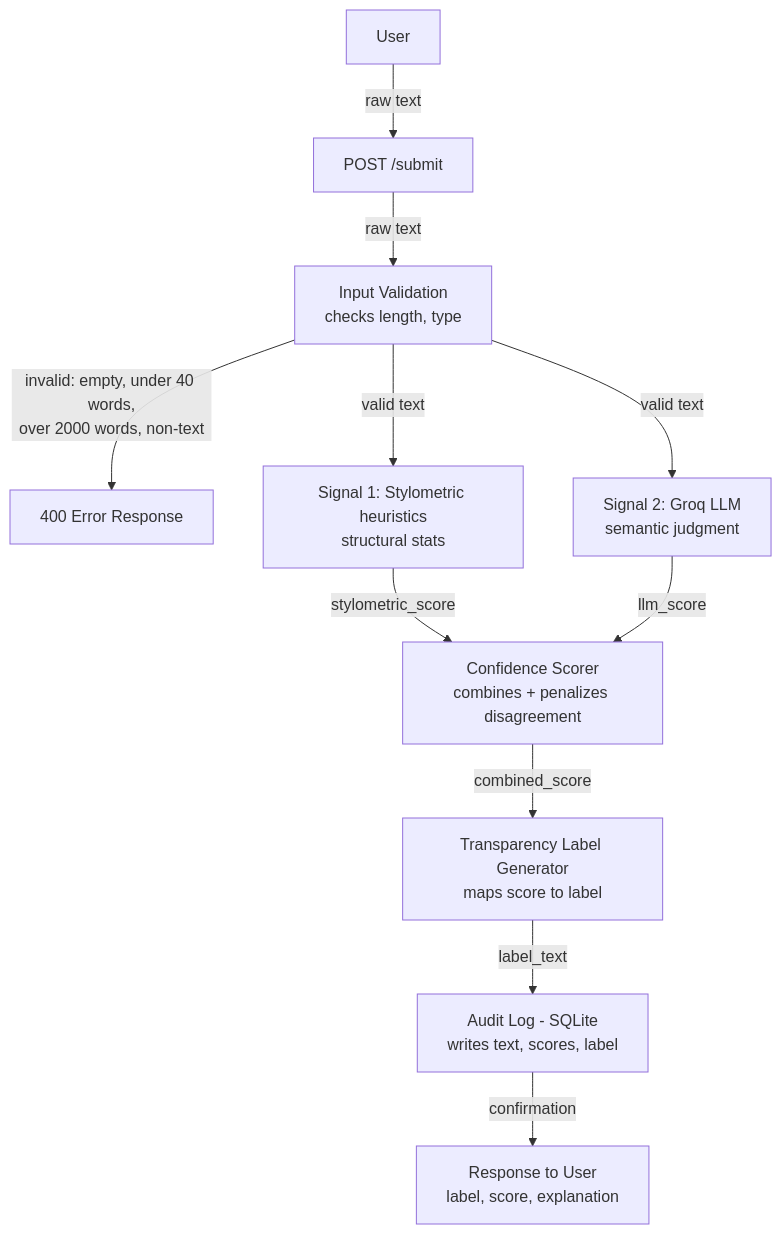
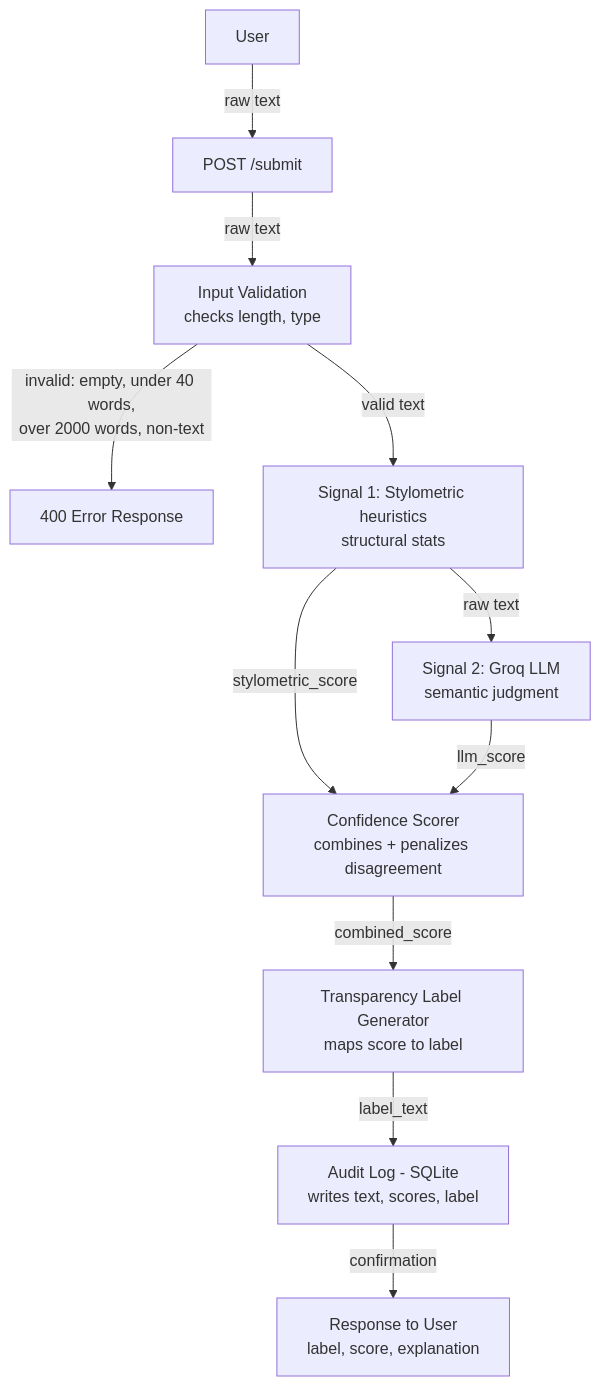
One commit to KerolosAssad/ai201-project4-provenance-guard changed the first of 2 diagrams in planning.md. Above: the diagram before and after it, drawn with Mermaid. The commit also changed other lines of this file, not shown here.

````diff
--- a/planning.md
+++ b/planning.md
@@ -92,13 +90,13 @@
 ```mermaid
 flowchart TD
     A[User] -->|raw text| B[POST /submit]
     B -->|raw text| V[Input Validation<br/>checks length, type]
     V -->|invalid: empty, under 40 words,<br/>over 2000 words, non-text| R[400 Error Response]
     V -->|valid text| C[Signal 1: Stylometric heuristics<br/>structural stats]
-    V -->|valid text| D[Signal 2: Groq LLM<br/>semantic judgment]
+    C -->|raw text| D[Signal 2: Groq LLM<br/>semantic judgment]
     C -->|stylometric_score| E[Confidence Scorer<br/>combines + penalizes disagreement]
     D -->|llm_score| E
     E -->|combined_score| F[Transparency Label Generator<br/>maps score to label]
     F -->|label_text| G[Audit Log - SQLite<br/>writes text, scores, label]
     G -->|confirmation| H[Response to User<br/>label, score, explanation]
 ```
````
